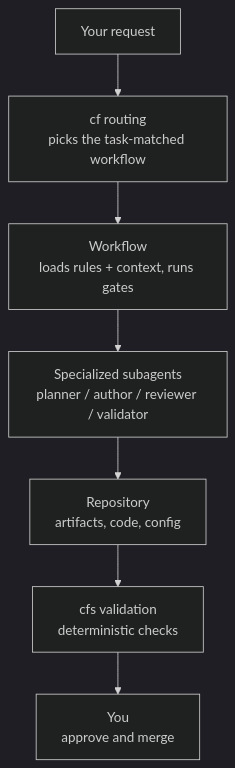
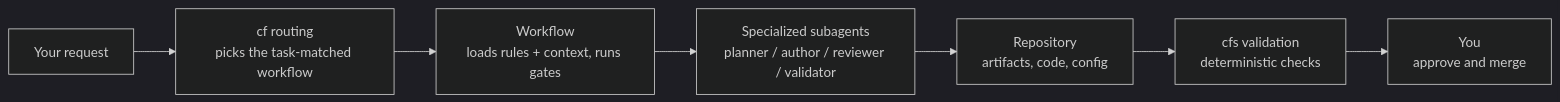
One commit to constructorfabric/studio changed the first of 4 diagrams in README.md. Above: the diagram before and after it, drawn with Mermaid (dark theme).

Commit message:
docs: lay out the Product shape request diagram left-to-right
Switch the request-lifecycle diagram from flowchart TB to LR so it takes less
vertical space in the Product shape section.

Generated with [Devin](https://cli.devin.ai/docs)

````diff
--- a/README.md
+++ b/README.md
@@ -37,9 +37,9 @@
 ```mermaid
-flowchart TB
+flowchart LR
     Req["Your request"] --> Route["cf routing<br/>picks the task-matched workflow"]
     Route --> WF["Workflow<br/>loads rules + context, runs gates"]
     WF --> Sub["Specialized subagents<br/>planner / author / reviewer / validator"]
     Sub --> Repo["Repository<br/>artifacts, code, config"]
     Repo --> Val["cfs validation<br/>deterministic checks"]
     Val --> Human["You<br/>approve and merge"]
 ```
````
